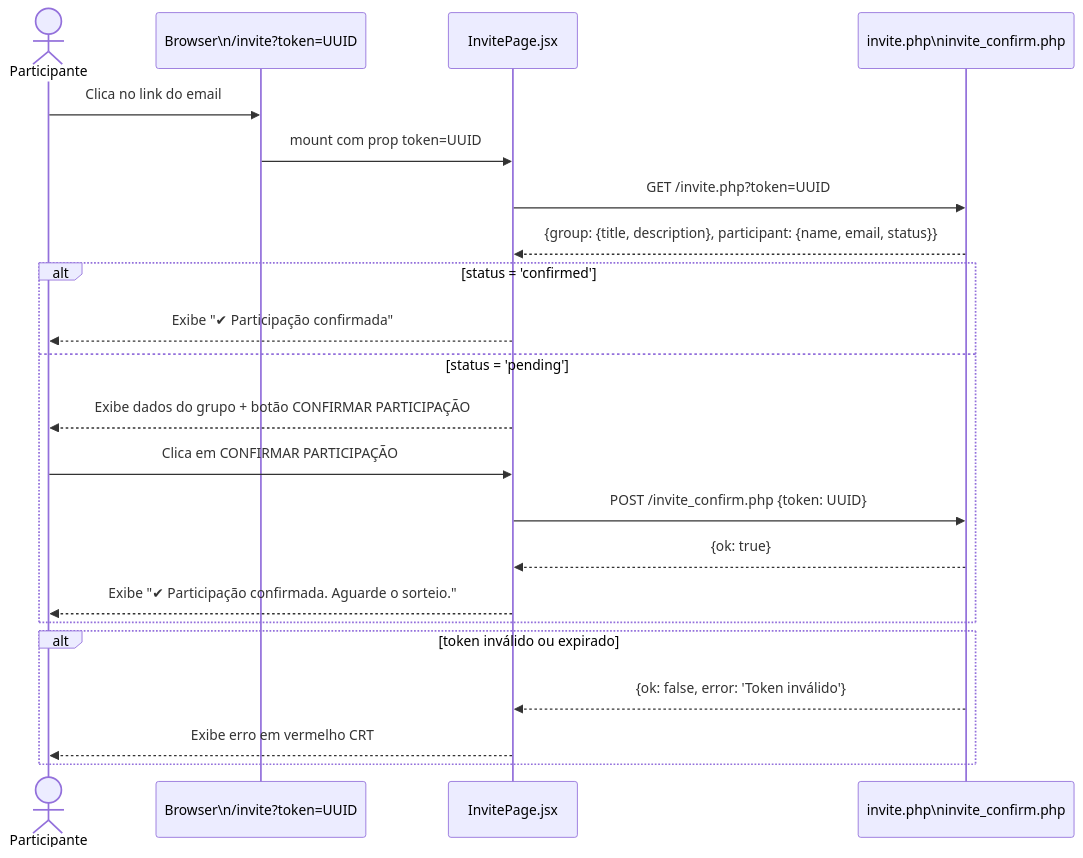
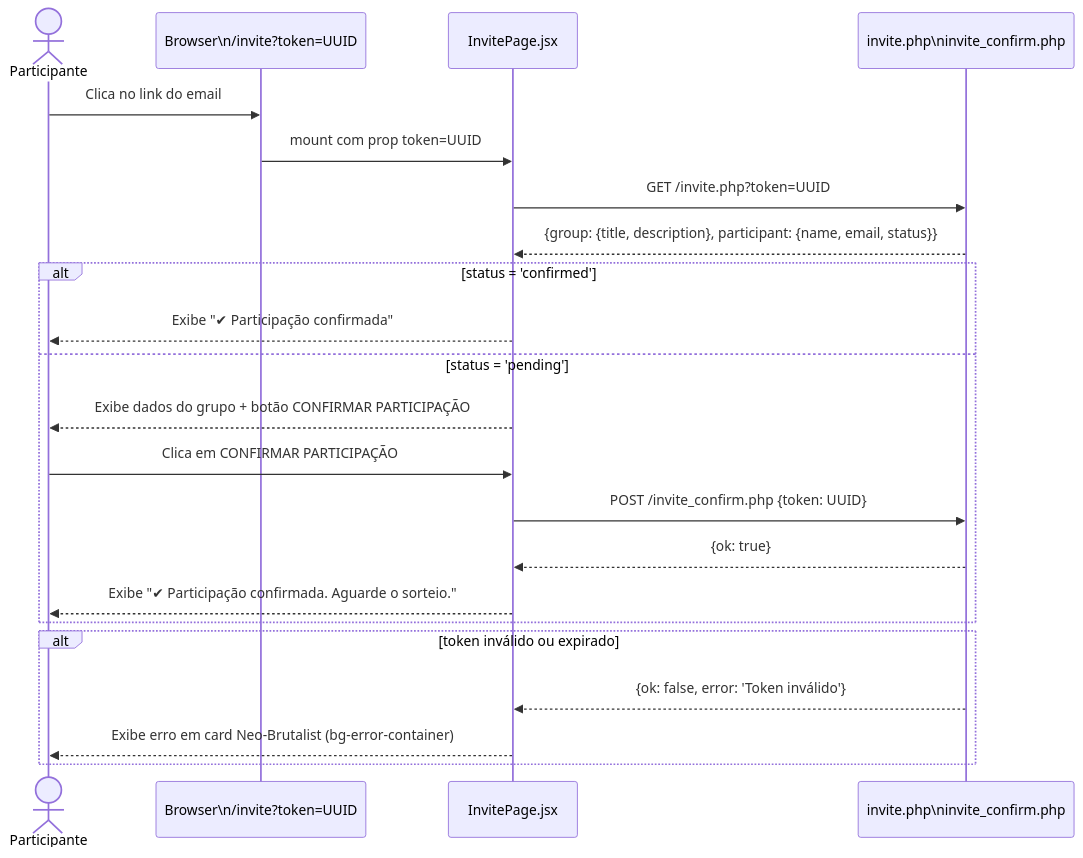
One commit to charines/AmigoSecreto changed the third of 4 diagrams in docs/modules/menu_inicial.md. Above: the diagram before and after it, drawn with Mermaid. The commit also changed other lines of this file and 6 other files, not shown here.

Commit message:
feat: update project version to 1.5.0; remove legacy components and implement Neo-Brutalist design across multiple modules

````diff
--- a/docs/modules/menu_inicial.md
+++ b/docs/modules/menu_inicial.md
@@ -91,27 +96,27 @@
 ```mermaid
 sequenceDiagram
     actor P as Participante
     participant B as Browser\n/invite?token=UUID
     participant I as InvitePage.jsx
     participant API as invite.php\ninvite_confirm.php
 
     P->>B: Clica no link do email
     B->>I: mount com prop token=UUID
     I->>API: GET /invite.php?token=UUID
     API-->>I: {group: {title, description}, participant: {name, email, status}}
 
     alt status = 'confirmed'
         I-->>P: Exibe "✔ Participação confirmada"
     else status = 'pending'
         I-->>P: Exibe dados do grupo + botão CONFIRMAR PARTICIPAÇÃO
         P->>I: Clica em CONFIRMAR PARTICIPAÇÃO
         I->>API: POST /invite_confirm.php {token: UUID}
         API-->>I: {ok: true}
         I-->>P: Exibe "✔ Participação confirmada. Aguarde o sorteio."
     end
 
     alt token inválido ou expirado
         API-->>I: {ok: false, error: 'Token inválido'}
-        I-->>P: Exibe erro em vermelho CRT
+        I-->>P: Exibe erro em card Neo-Brutalist (bg-error-container)
     end
 ```
````
